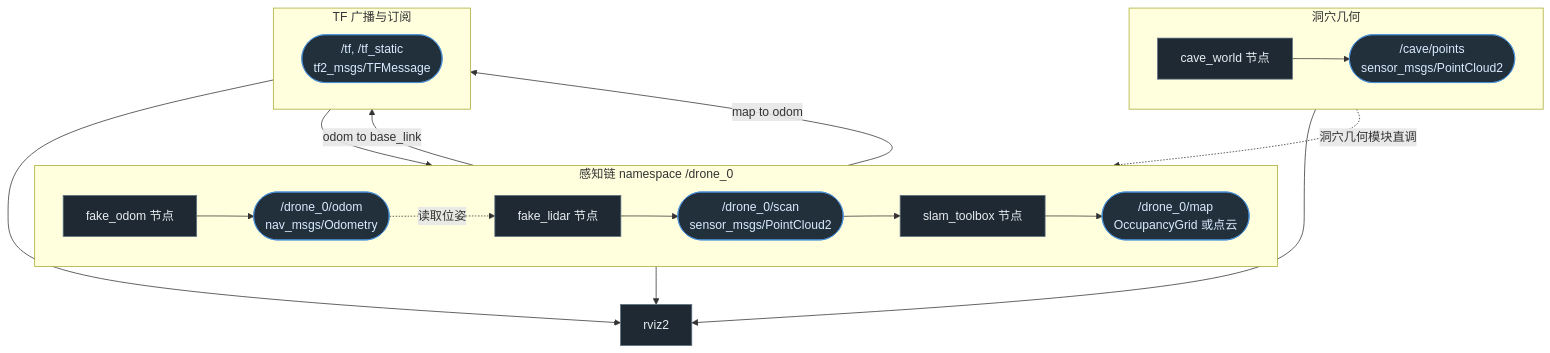
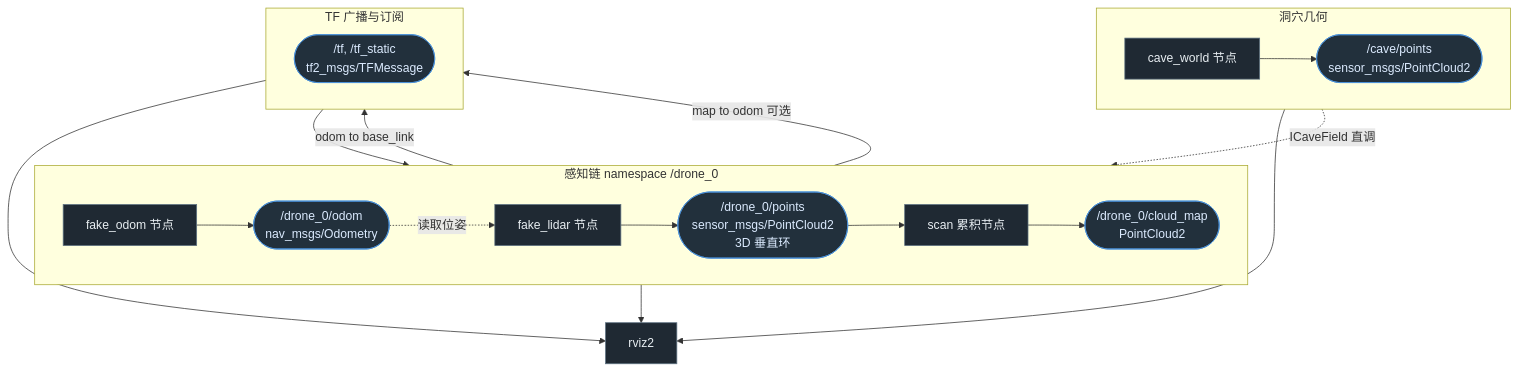
The third of 4 diagrams in docs/xenomorph-scanner-plan.md (qian-loong/alien_scanner), drawn with Mermaid before and after one commit. The commit also changed other lines of this file and 49 other files, not shown here.

First line of the commit message:
Phase 2: single-drone 3D scan loop (drone_scanner)

````diff
--- a/docs/xenomorph-scanner-plan.md
+++ b/docs/xenomorph-scanner-plan.md
@@ -545,44 +310,44 @@
 ```mermaid
 flowchart TB
     subgraph WORLD["洞穴几何"]
         direction LR
         CW["cave_world 节点"]
         T_CAVE(["/cave/points<br/>sensor_msgs/PointCloud2"])
         CW --> T_CAVE
     end
 
     subgraph PERCEPTION["感知链 namespace /drone_0"]
         direction LR
         ODOM["fake_odom 节点"]
         T_ODOM(["/drone_0/odom<br/>nav_msgs/Odometry"])
         LIDAR["fake_lidar 节点"]
-        T_SCAN(["/drone_0/scan<br/>sensor_msgs/PointCloud2"])
-        SLAM["slam_toolbox 节点"]
-        T_MAP(["/drone_0/map<br/>OccupancyGrid 或点云"])
+        T_SCAN(["/drone_0/points<br/>sensor_msgs/PointCloud2<br/>3D 垂直环"])
+        ACCUM["scan 累积节点"]
+        T_MAP(["/drone_0/cloud_map<br/>PointCloud2"])
 
         ODOM --> T_ODOM
         T_ODOM -.读取位姿.-> LIDAR
-        LIDAR --> T_SCAN --> SLAM --> T_MAP
+        LIDAR --> T_SCAN --> ACCUM --> T_MAP
     end
 
     subgraph TFNET["TF 广播与订阅"]
         direction LR
         T_TF(["/tf, /tf_static<br/>tf2_msgs/TFMessage"])
     end
 
     RVIZ["rviz2"]
 
     T_CAVE --> RVIZ
     T_MAP --> RVIZ
     ODOM -->|odom to base_link| T_TF
-    SLAM -->|map to odom| T_TF
+    ACCUM -->|map to odom 可选| T_TF
     T_TF --> RVIZ
-    T_TF --> SLAM
+    T_TF --> ACCUM
 
-    CW -.洞穴几何模块直调.-> LIDAR
+    CW -.ICaveField 直调.-> LIDAR
 
     classDef node fill:#1f2933,stroke:#5c7080,color:#e8eef2;
     classDef topic fill:#22303c,stroke:#4a90d9,color:#dbeafe;
-    class CW,ODOM,LIDAR,SLAM,RVIZ node;
+    class CW,ODOM,LIDAR,ACCUM,RVIZ node;
     class T_CAVE,T_ODOM,T_SCAN,T_MAP,T_TF topic;
 ```
````
